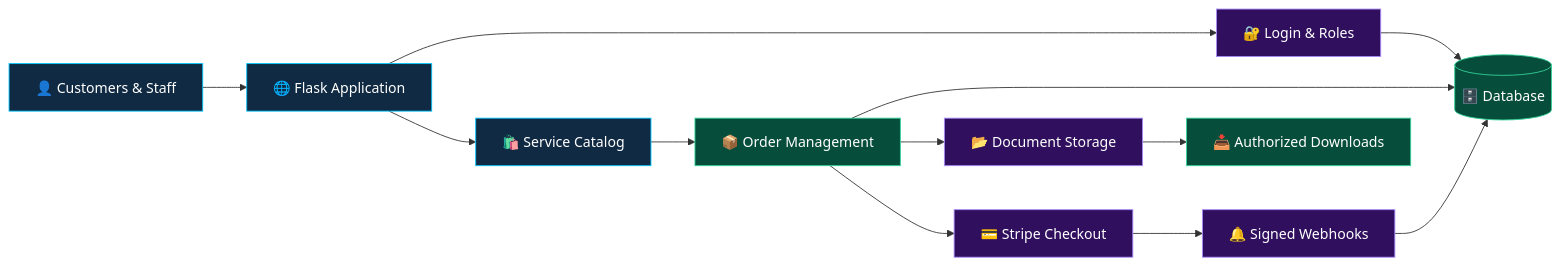
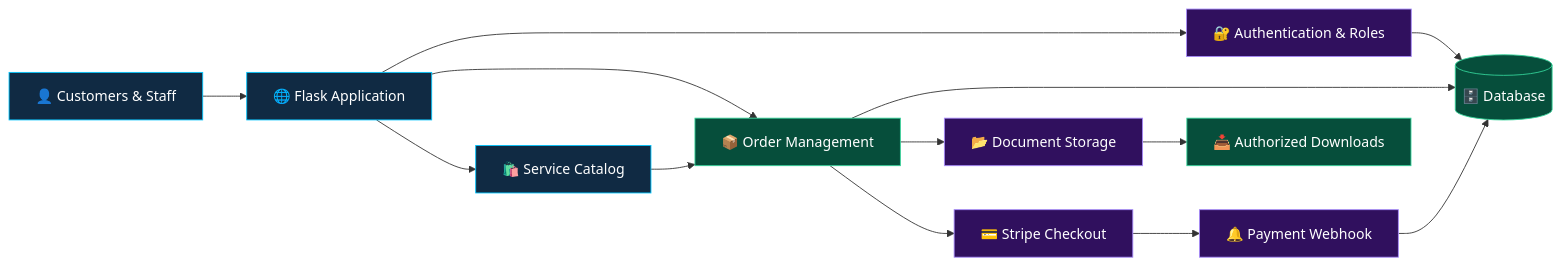
Before and after one commit to johncharlessarwi-dot/john-online-services-1111111111: the second of 3 diagrams in README.md, drawn with Mermaid. The commit also changed other lines of this file, not shown here.

````diff
--- a/README.md
+++ b/README.md
@@ -221,22 +285,27 @@
 ```mermaid
 flowchart LR
     U["👤 Customers & Staff"] --> W["🌐 Flask Application"]
-    W --> AUTH["🔐 Login & Roles"]
+
+    W --> AUTH["🔐 Authentication & Roles"]
     W --> SERVICE["🛍️ Service Catalog"]
-    SERVICE --> ORDERS["📦 Order Management"]
+    W --> ORDERS["📦 Order Management"]
+
+    SERVICE --> ORDERS
     ORDERS --> FILES["📂 Document Storage"]
     ORDERS --> PAY["💳 Stripe Checkout"]
-    PAY --> HOOK["🔔 Signed Webhooks"]
+
+    PAY --> HOOK["🔔 Payment Webhook"]
     AUTH --> DB[("🗄️ Database")]
     ORDERS --> DB
     HOOK --> DB
+
     FILES --> DOWNLOAD["📥 Authorized Downloads"]
 
     classDef blue fill:#102A43,stroke:#00C6FF,color:#FFFFFF
     classDef purple fill:#30105E,stroke:#A78BFA,color:#FFFFFF
     classDef green fill:#064E3B,stroke:#34D399,color:#FFFFFF
 
     class U,W,SERVICE blue
     class AUTH,FILES,PAY,HOOK purple
     class ORDERS,DB,DOWNLOAD green
 ```
````
